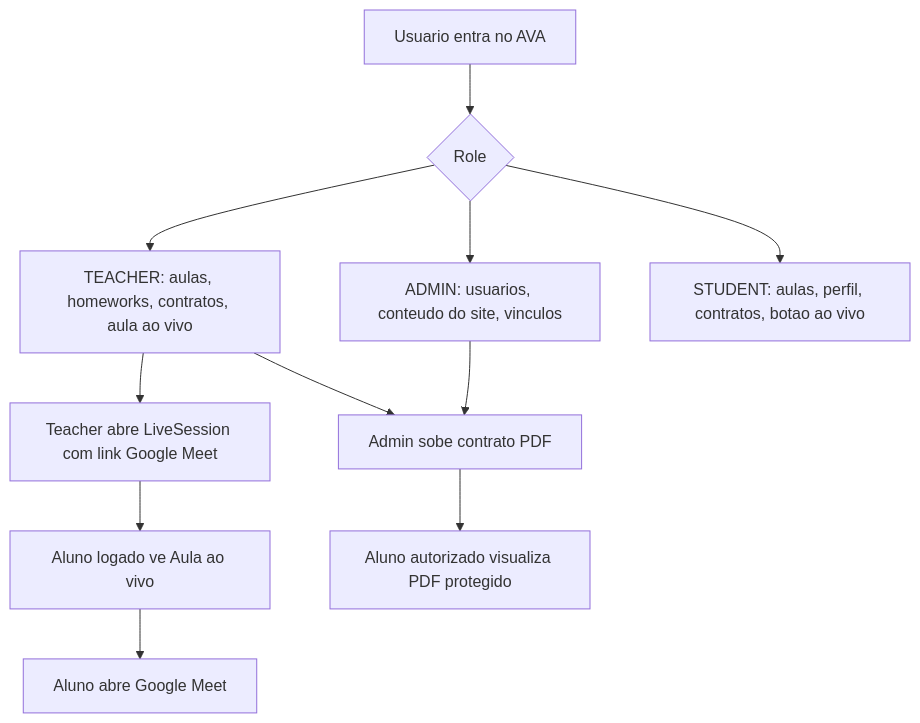
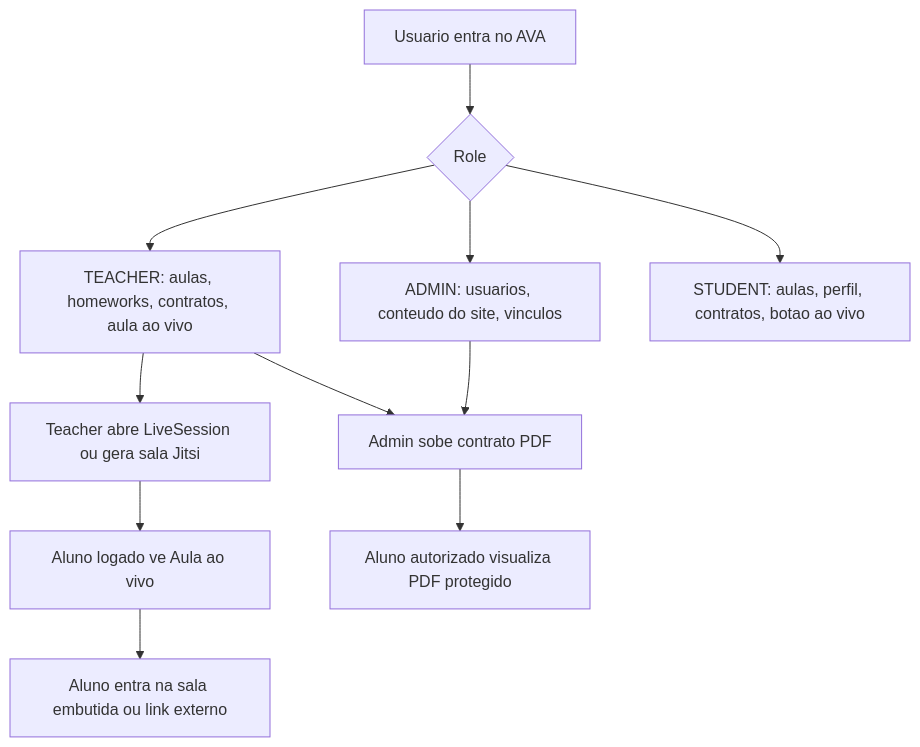
The sixth of 13 diagrams in docs/fluxos-ava.md (WilliYY/Candy-English), drawn with Mermaid before and after one commit. The commit also changed other lines of this file and 19 other files, not shown here.

````diff
--- a/docs/fluxos-ava.md
+++ b/docs/fluxos-ava.md
@@ -116,13 +116,13 @@
 ```mermaid
 flowchart TD
   A["Usuario entra no AVA"] --> B{"Role"}
   B --> C["ADMIN: usuarios, conteudo do site, vinculos"]
   B --> D["TEACHER: aulas, homeworks, contratos, aula ao vivo"]
   B --> E["STUDENT: aulas, perfil, contratos, botao ao vivo"]
-  D --> F["Teacher abre LiveSession com link Google Meet"]
+  D --> F["Teacher abre LiveSession ou gera sala Jitsi"]
   F --> G["Aluno logado ve Aula ao vivo"]
-  G --> H["Aluno abre Google Meet"]
+  G --> H["Aluno entra na sala embutida ou link externo"]
   C --> I["Admin sobe contrato PDF"]
   D --> I
   I --> J["Aluno autorizado visualiza PDF protegido"]
 ```
````
